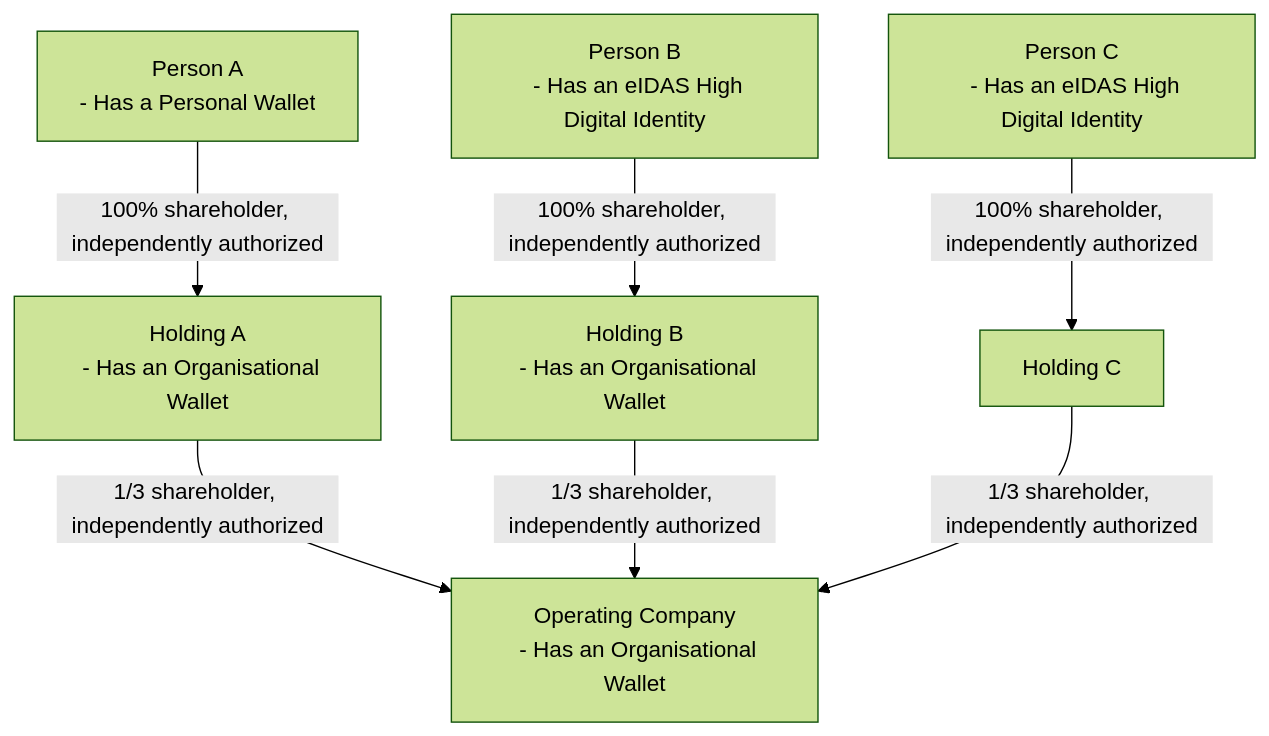
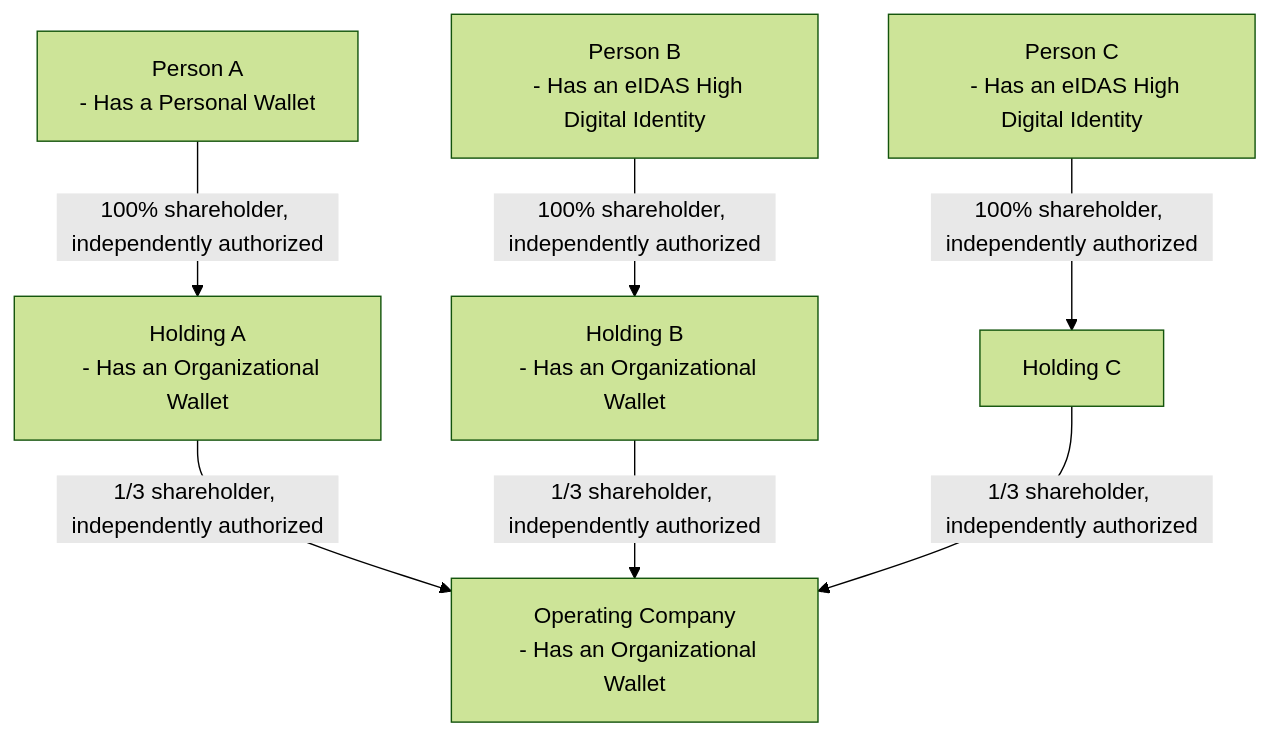
The first of 3 diagrams in pages/functional/use-cases/founding-a-company.mdx (FIDEScommunity/CompanyPassport), drawn with Mermaid (forest theme) before and after one commit. The commit also changed other lines of this file and 17 other files, not shown here.

````diff
--- a/pages/functional/use-cases/founding-a-company.mdx
+++ b/pages/functional/use-cases/founding-a-company.mdx
@@ -22,23 +22,23 @@
 ```mermaid
 flowchart TD;
   Operating_company["Operating Company
-  - Has an Organisational Wallet"]
+  - Has an Organizational Wallet"]
   Holding_A["Holding A
-  - Has an Organisational Wallet"]
+  - Has an Organizational Wallet"]
   Holding_B["Holding B
-  - Has an Organisational Wallet"]
+  - Has an Organizational Wallet"]
   Holding_C["Holding C"]
   Person_A["Person A
   - Has a Personal Wallet"]
   Person_B["Person B
   - Has an eIDAS High Digital Identity"]
   Person_C["Person C
   - Has an eIDAS High Digital Identity"]
 
   Person_A--> |100% shareholder, independently authorized| Holding_A;
   Person_B--> |100% shareholder, independently authorized| Holding_B;
   Person_C--> |100% shareholder, independently authorized| Holding_C;
   Holding_A--> |1/3 shareholder, independently authorized| Operating_company;
   Holding_B--> |1/3 shareholder, independently authorized| Operating_company;
   Holding_C--> |1/3 shareholder, independently authorized| Operating_company;
 ```
````
